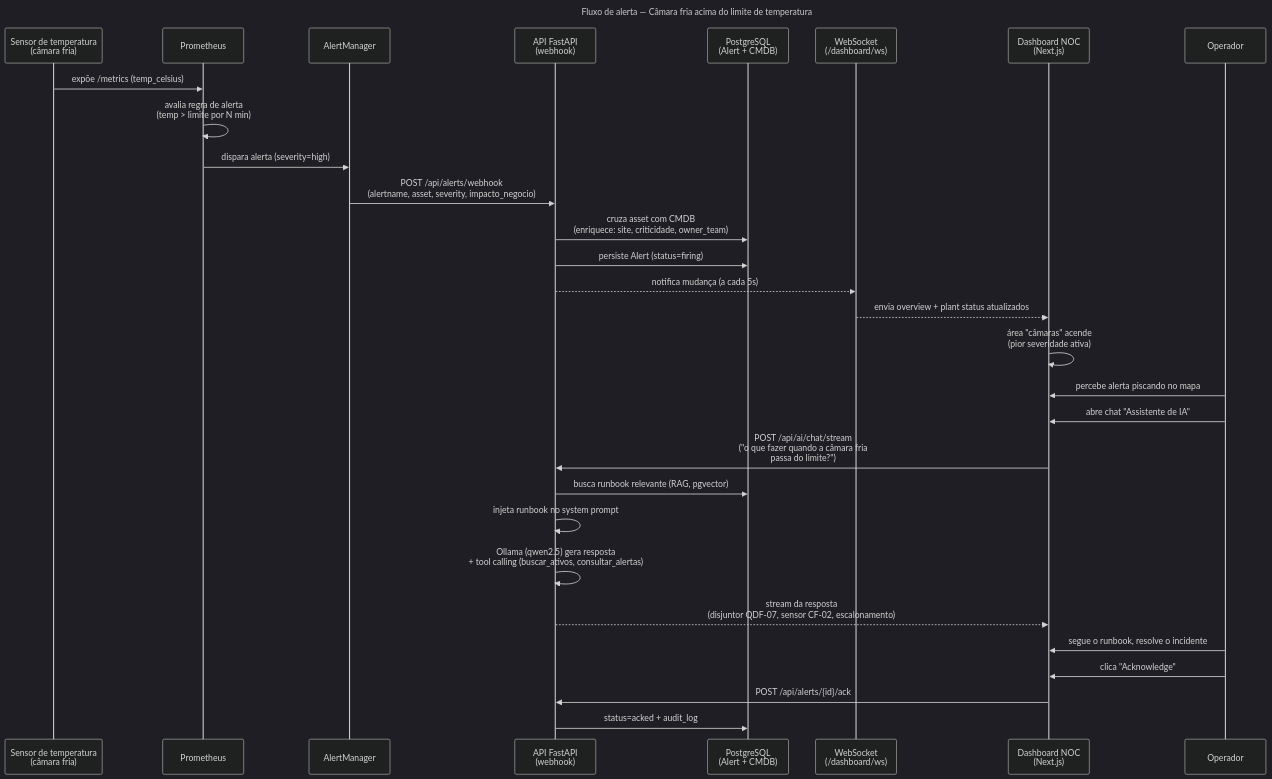
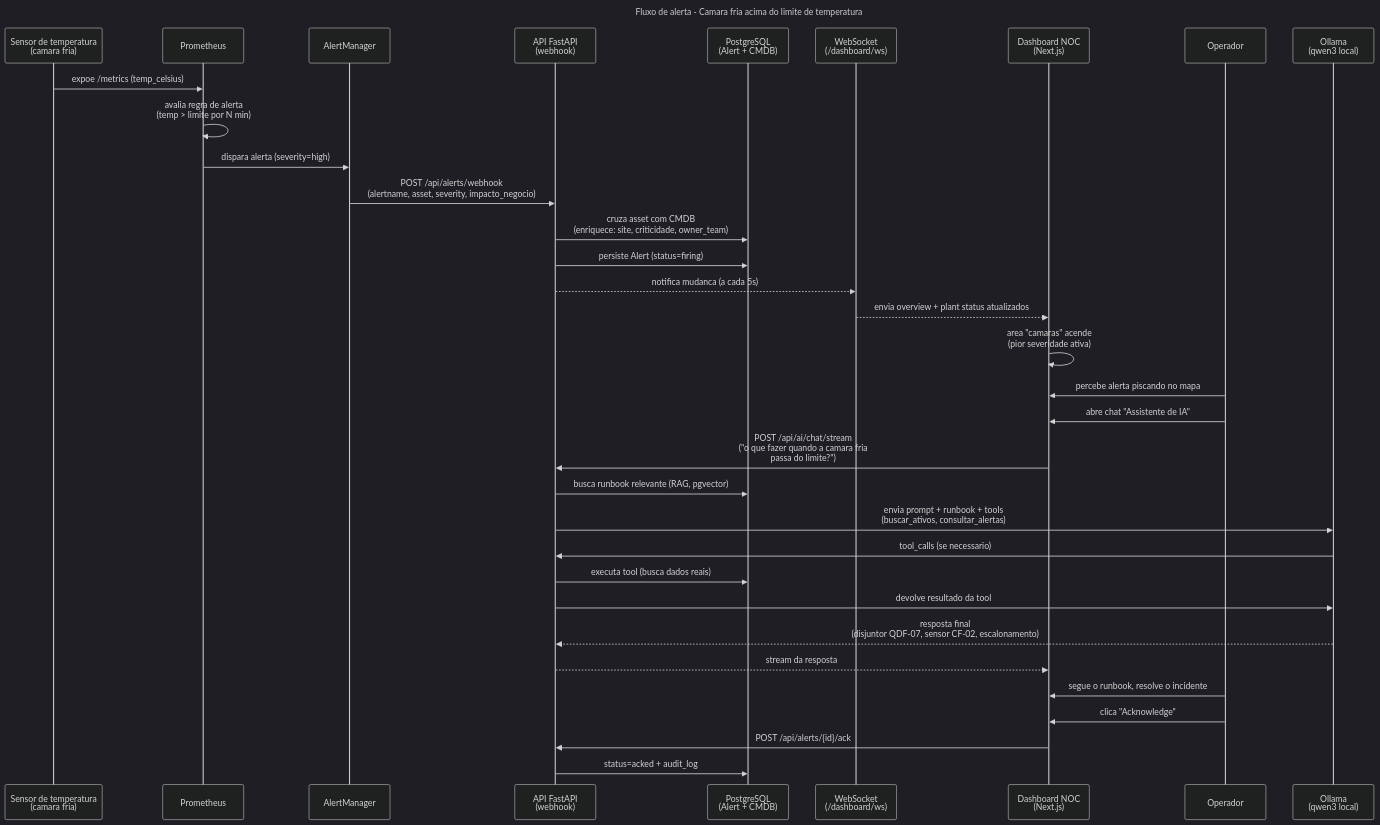
Before and after one commit to RafaGarciaDev/infranoc: the diagram in docs/diagrams/sequence-alerta-camara-fria.mmd, drawn with Mermaid (dark theme). The commit also changed 19 other files, not shown here.

Commit message:
feat(fase8): README, diagramas, screenshots e modo demo (usuario read-only, mock de AD, historico de alertas)

```diff
--- a/docs/diagrams/sequence-alerta-camara-fria.mmd
+++ b/docs/diagrams/sequence-alerta-camara-fria.mmd
@@ -1,32 +1,36 @@
 sequenceDiagram
-    title Fluxo de alerta — Câmara fria acima do limite de temperatura
+    title Fluxo de alerta - Camara fria acima do limite de temperatura
 
-    participant Sensor as Sensor de temperatura<br/>(câmara fria)
+    participant Sensor as Sensor de temperatura<br/>(camara fria)
     participant Prom as Prometheus
     participant AM as AlertManager
     participant API as API FastAPI<br/>(webhook)
     participant DB as PostgreSQL<br/>(Alert + CMDB)
     participant WS as WebSocket<br/>(/dashboard/ws)
     participant Web as Dashboard NOC<br/>(Next.js)
     participant Op as Operador
+    participant Ollama as Ollama<br/>(qwen3 local)
 
-    Sensor->>Prom: expõe /metrics (temp_celsius)
+    Sensor->>Prom: expoe /metrics (temp_celsius)
     Prom->>Prom: avalia regra de alerta<br/>(temp > limite por N min)
     Prom->>AM: dispara alerta (severity=high)
     AM->>API: POST /api/alerts/webhook<br/>(alertname, asset, severity, impacto_negocio)
     API->>DB: cruza asset com CMDB<br/>(enriquece: site, criticidade, owner_team)
     API->>DB: persiste Alert (status=firing)
-    API-->>WS: notifica mudança (a cada 5s)
+    API-->>WS: notifica mudanca (a cada 5s)
     WS-->>Web: envia overview + plant status atualizados
-    Web->>Web: área "câmaras" acende<br/>(pior severidade ativa)
+    Web->>Web: area "camaras" acende<br/>(pior severidade ativa)
     Op->>Web: percebe alerta piscando no mapa
     Op->>Web: abre chat "Assistente de IA"
-    Web->>API: POST /api/ai/chat/stream<br/>("o que fazer quando a câmara fria<br/>passa do limite?")
+    Web->>API: POST /api/ai/chat/stream<br/>("o que fazer quando a camara fria<br/>passa do limite?")
     API->>DB: busca runbook relevante (RAG, pgvector)
-    API->>API: injeta runbook no system prompt
-    API->>API: Ollama (qwen2.5) gera resposta<br/>+ tool calling (buscar_ativos, consultar_alertas)
-    API-->>Web: stream da resposta<br/>(disjuntor QDF-07, sensor CF-02, escalonamento)
+    API->>Ollama: envia prompt + runbook + tools<br/>(buscar_ativos, consultar_alertas)
+    Ollama->>API: tool_calls (se necessario)
+    API->>DB: executa tool (busca dados reais)
+    API->>Ollama: devolve resultado da tool
+    Ollama-->>API: resposta final<br/>(disjuntor QDF-07, sensor CF-02, escalonamento)
+    API-->>Web: stream da resposta
     Op->>Web: segue o runbook, resolve o incidente
     Op->>Web: clica "Acknowledge"
     Web->>API: POST /api/alerts/{id}/ack
     API->>DB: status=acked + audit_log
```
